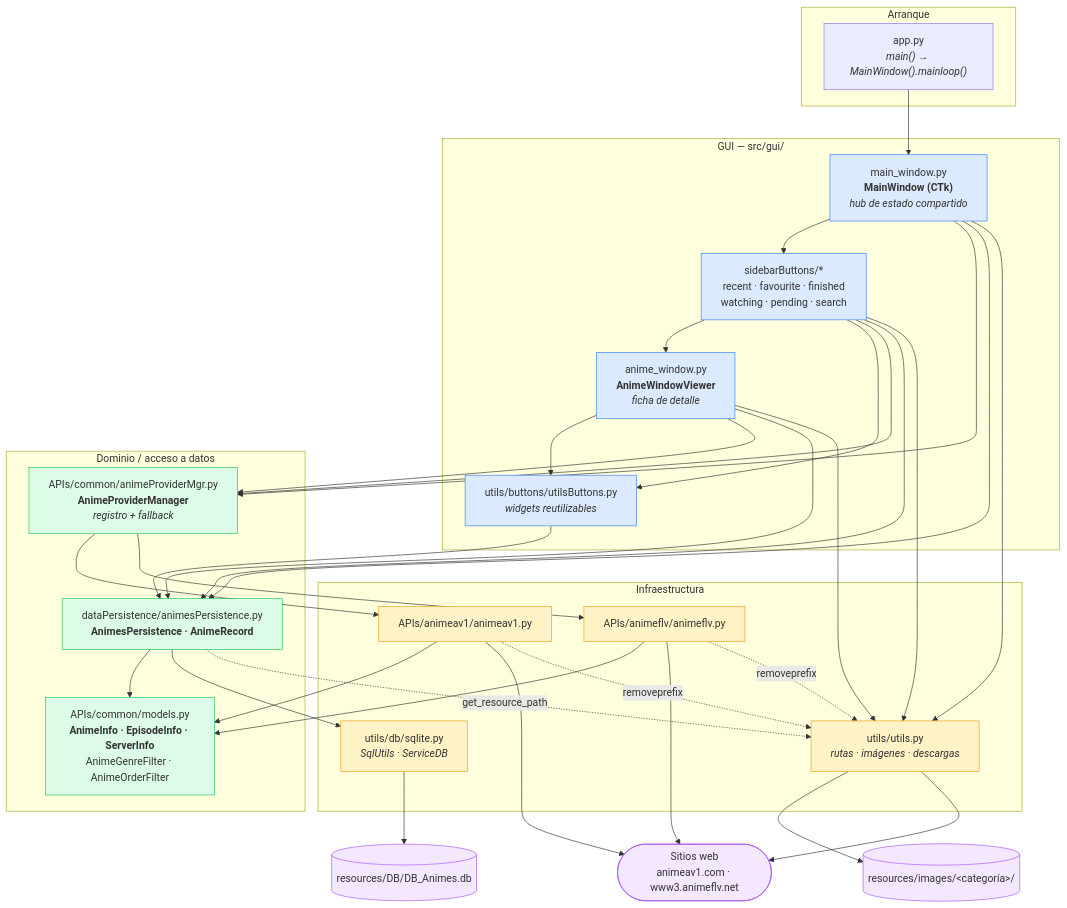
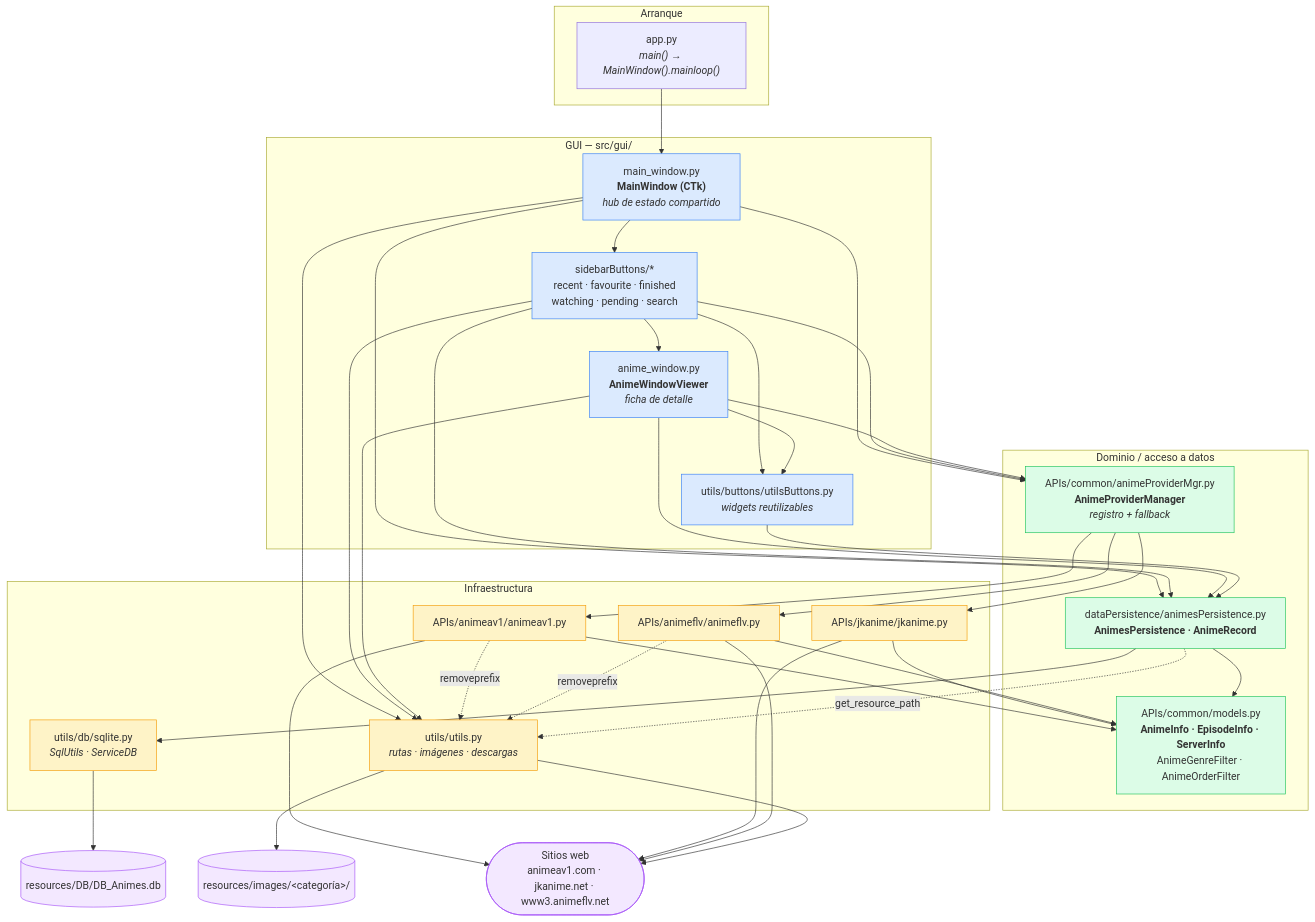
One commit to DavidEscri/BibliotecaAnime changed the diagram in .claude/docs/01-arquitectura.md. Above: the diagram before and after it, drawn with Mermaid. The commit also changed other lines of this file and 11 other files, not shown here.

````diff
--- a/.claude/docs/01-arquitectura.md
+++ b/.claude/docs/01-arquitectura.md
@@ -14,69 +15,73 @@
 ```mermaid
 graph TD
     subgraph L0["Arranque"]
         APP["app.py<br/><i>main() → MainWindow().mainloop()</i>"]
     end
 
     subgraph L1["GUI — src/gui/"]
         MW["main_window.py<br/><b>MainWindow (CTk)</b><br/><i>hub de estado compartido</i>"]
         VIEWS["sidebarButtons/*<br/>recent · favourite · finished<br/>watching · pending · search"]
         AW["anime_window.py<br/><b>AnimeWindowViewer</b><br/><i>ficha de detalle</i>"]
         BTN["utils/buttons/utilsButtons.py<br/><i>widgets reutilizables</i>"]
     end
 
     subgraph L2["Dominio / acceso a datos"]
         MGR["APIs/common/animeProviderMgr.py<br/><b>AnimeProviderManager</b><br/><i>registro + fallback</i>"]
         MODELS["APIs/common/models.py<br/><b>AnimeInfo · EpisodeInfo · ServerInfo</b><br/>AnimeGenreFilter · AnimeOrderFilter"]
         PERS["dataPersistence/animesPersistence.py<br/><b>AnimesPersistence · AnimeRecord</b>"]
     end
 
     subgraph L3["Infraestructura"]
         AV1["APIs/animeav1/animeav1.py"]
+        JK["APIs/jkanime/jkanime.py"]
         FLV["APIs/animeflv/animeflv.py"]
         SQL["utils/db/sqlite.py<br/><i>SqlUtils · ServiceDB</i>"]
         UTL["utils/utils.py<br/><i>rutas · imágenes · descargas</i>"]
     end
 
-    NET(["Sitios web<br/>animeav1.com · www3.animeflv.net"])
+    NET(["Sitios web<br/>animeav1.com · jkanime.net · www3.animeflv.net"])
     DB[("resources/DB/DB_Animes.db")]
     FS[("resources/images/&lt;categoría&gt;/")]
 
     APP --> MW
     MW --> VIEWS
     VIEWS --> AW
     VIEWS --> BTN
     AW --> BTN
     MW --> MGR
     VIEWS --> MGR
     AW --> MGR
     MW --> PERS
     VIEWS --> PERS
     AW --> PERS
     BTN --> PERS
     MGR --> AV1
+    MGR --> JK
     MGR --> FLV
     AV1 --> MODELS
+    JK --> MODELS
     FLV --> MODELS
     PERS --> MODELS
     PERS --> SQL
     AV1 --> NET
+    JK --> NET
     FLV --> NET
     SQL --> DB
     UTL --> FS
     UTL --> NET
     MW --> UTL
     VIEWS --> UTL
     AW --> UTL
     AV1 -.->|removeprefix| UTL
     FLV -.->|removeprefix| UTL
     PERS -.->|get_resource_path| UTL
 
     classDef gui fill:#dbeafe,stroke:#3b82f6
     classDef dom fill:#dcfce7,stroke:#22c55e
     classDef inf fill:#fef3c7,stroke:#f59e0b
     classDef ext fill:#f3e8ff,stroke:#a855f7
     class MW,VIEWS,AW,BTN gui
     class MGR,MODELS,PERS dom
-    class AV1,FLV,SQL,UTL inf
+    class AV1,JK,FLV,SQL,UTL inf
     class NET,DB,FS ext
 ```
````
